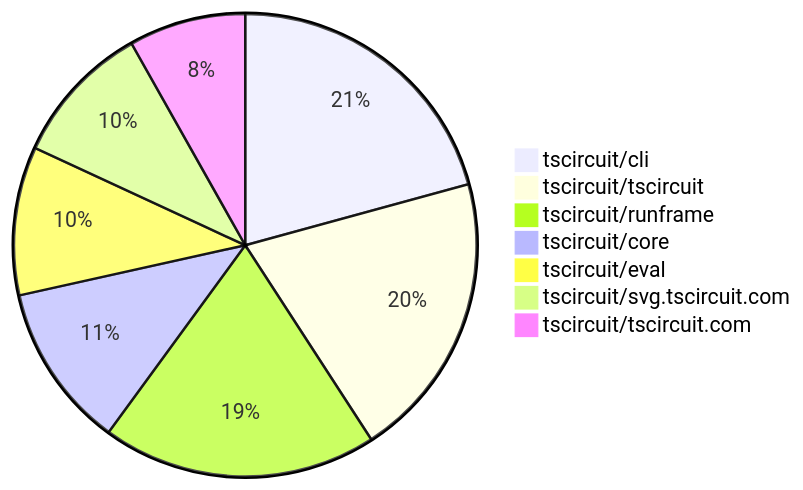
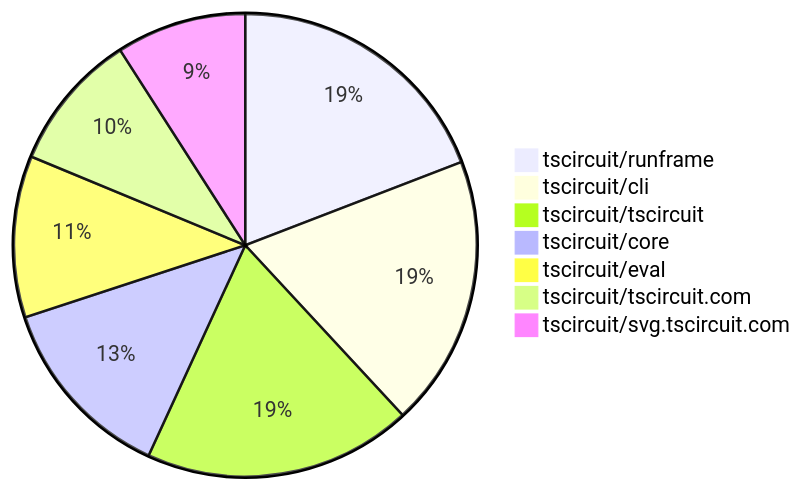
Before and after one commit to tscircuit/contribution-tracker: the second of 2 diagrams in README.md, drawn with Mermaid. The commit also changed other lines of this file and 3 other files, not shown here.

````diff
--- a/README.md
+++ b/README.md
@@ -125,10 +130,10 @@
 ```mermaid
 pie
+    "tscircuit/runframe" : 95
     "tscircuit/cli" : 94
-    "tscircuit/tscircuit" : 91
-    "tscircuit/runframe" : 87
-    "tscircuit/core" : 52
-    "tscircuit/eval" : 47
+    "tscircuit/tscircuit" : 93
+    "tscircuit/core" : 65
+    "tscircuit/eval" : 56
+    "tscircuit/tscircuit.com" : 48
     "tscircuit/svg.tscircuit.com" : 45
-    "tscircuit/tscircuit.com" : 37
 ```
````
